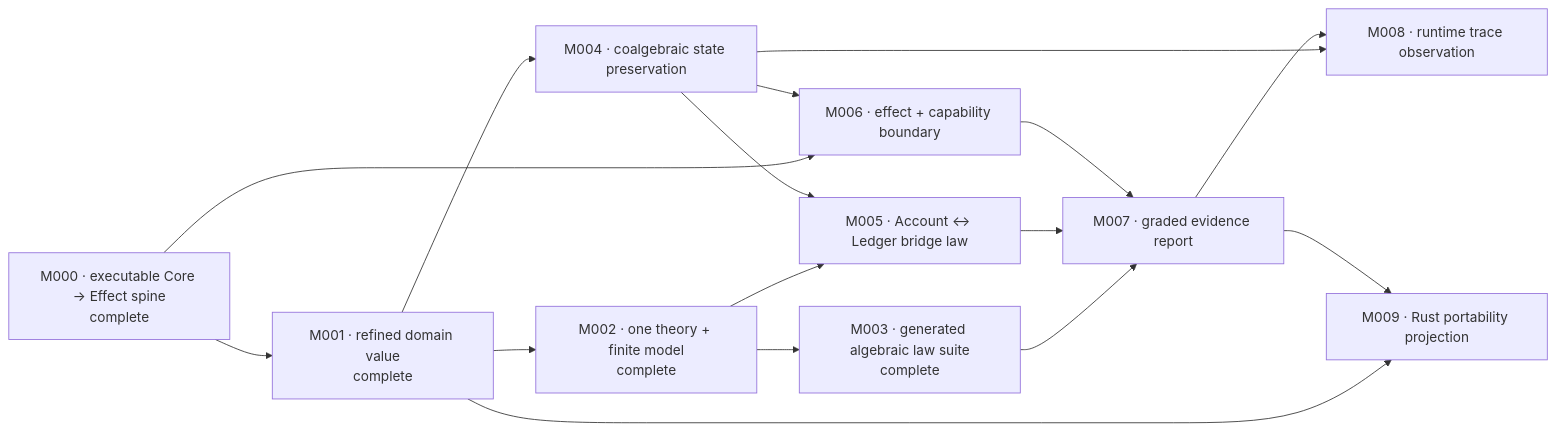
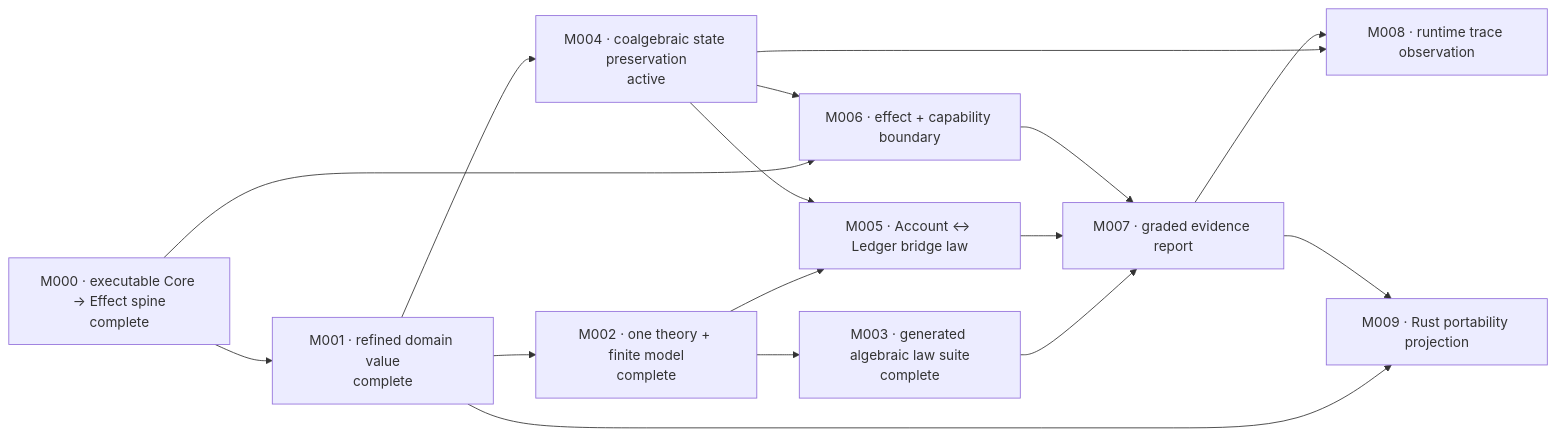
Before and after one commit to phibkro/bang-project: the first of 2 diagrams in CAPABILITIES.md, drawn with Mermaid. The commit also changed other lines of this file and 19 other files, not shown here.

````diff
--- a/CAPABILITIES.md
+++ b/CAPABILITIES.md
@@ -5,27 +5,27 @@
 ```mermaid
 flowchart LR
     M000["M000 · executable Core → Effect spine<br/>complete"]
     M001["M001 · refined domain value<br/>complete"]
     M002["M002 · one theory + finite model<br/>complete"]
     M003["M003 · generated algebraic law suite<br/>complete"]
-    M004["M004 · coalgebraic state preservation"]
+    M004["M004 · coalgebraic state preservation<br/>active"]
     M005["M005 · Account ↔ Ledger bridge law"]
     M006["M006 · effect + capability boundary"]
     M007["M007 · graded evidence report"]
     M008["M008 · runtime trace observation"]
     M009["M009 · Rust portability projection"]
 
     M000 --> M001 --> M002 --> M003
     M001 --> M004
     M002 --> M005
     M004 --> M005
     M000 --> M006
     M004 --> M006
     M003 --> M007
     M005 --> M007
     M006 --> M007
     M004 --> M008
     M007 --> M008
     M001 --> M009
     M007 --> M009
 ```
````
